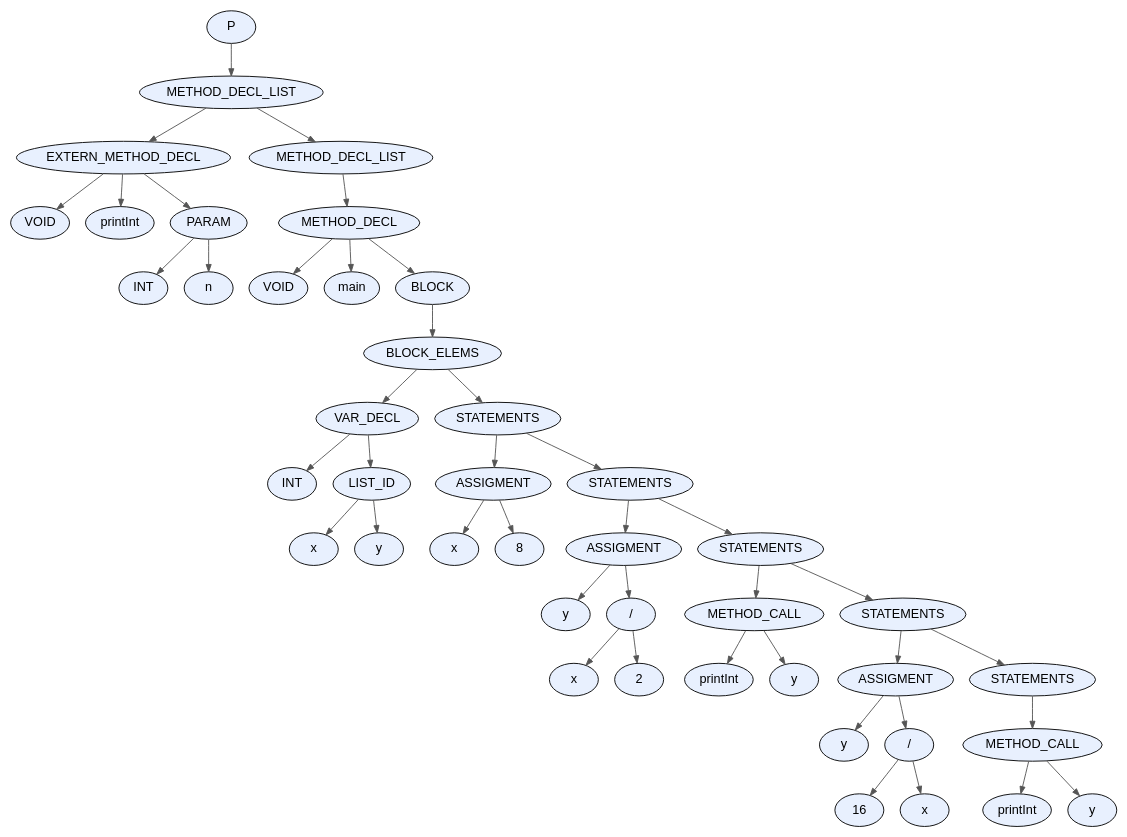
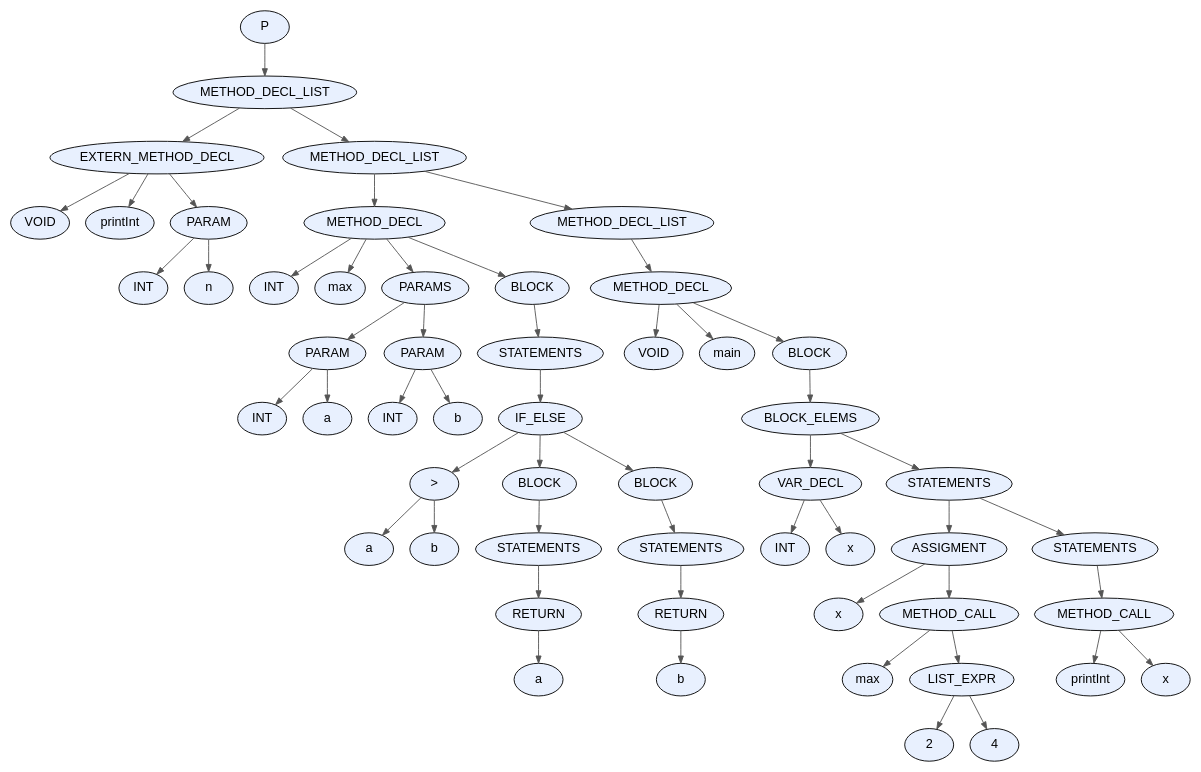
Before and after one commit to facundo-dario-loser/TDS2026: the diagram in proyecto/dot_files/test2.dot, drawn with Graphviz. The commit also changed 25 other files, not shown here.

```diff
--- a/proyecto/dot_files/test2.dot
+++ b/proyecto/dot_files/test2.dot
@@ -1,89 +1,111 @@
 digraph AST {
   node [fontname="Arial"];
   edge [arrowsize=0.8, color="#555555"];
-  "node_0x6016923349e0" [label="P", style=filled, fillcolor="#E8F0FE", shape=ellipse, style="rounded,filled"];
-  "node_0x6016923349e0" -> "node_0x601692334990";
-  "node_0x601692334990" [label="METHOD_DECL_LIST", style=filled, fillcolor="#E8F0FE", shape=ellipse, style="rounded,filled"];
-  "node_0x601692334990" -> "node_0x601692333b50";
-  "node_0x601692333b50" [label="EXTERN_METHOD_DECL", style=filled, fillcolor="#E8F0FE", shape=ellipse, style="rounded,filled"];
-  "node_0x601692333b50" -> "node_0x601692333a90";
-  "node_0x601692333a90" [label="VOID", style=filled, fillcolor="#E8F0FE", shape=ellipse, style="rounded,filled"];
-  "node_0x601692333b50" -> "node_0x601692333ae0";
-  "node_0x601692333ae0" [label="printInt", style=filled, fillcolor="#E8F0FE", shape=ellipse, style="rounded,filled"];
-  "node_0x601692333b50" -> "node_0x601692333a40";
-  "node_0x601692333a40" [label="PARAM", style=filled, fillcolor="#E8F0FE", shape=ellipse, style="rounded,filled"];
-  "node_0x601692333a40" -> "node_0x601692333960";
-  "node_0x601692333960" [label="INT", style=filled, fillcolor="#E8F0FE", shape=ellipse, style="rounded,filled"];
-  "node_0x601692333a40" -> "node_0x6016923339d0";
-  "node_0x6016923339d0" [label="n", style=filled, fillcolor="#E8F0FE", shape=ellipse, style="rounded,filled"];
-  "node_0x601692334990" -> "node_0x601692334940";
-  "node_0x601692334940" [label="METHOD_DECL_LIST", style=filled, fillcolor="#E8F0FE", shape=ellipse, style="rounded,filled"];
-  "node_0x601692334940" -> "node_0x6016923348f0";
-  "node_0x6016923348f0" [label="METHOD_DECL", style=filled, fillcolor="#E8F0FE", shape=ellipse, style="rounded,filled"];
-  "node_0x6016923348f0" -> "node_0x601692334830";
-  "node_0x601692334830" [label="VOID", style=filled, fillcolor="#E8F0FE", shape=ellipse, style="rounded,filled"];
-  "node_0x6016923348f0" -> "node_0x601692334880";
-  "node_0x601692334880" [label="main", style=filled, fillcolor="#E8F0FE", shape=ellipse, style="rounded,filled"];
-  "node_0x6016923348f0" -> "node_0x6016923347e0";
-  "node_0x6016923347e0" [label="BLOCK", style=filled, fillcolor="#E8F0FE", shape=ellipse, style="rounded,filled"];
-  "node_0x6016923347e0" -> "node_0x601692334790";
-  "node_0x601692334790" [label="BLOCK_ELEMS", style=filled, fillcolor="#E8F0FE", shape=ellipse, style="rounded,filled"];
-  "node_0x601692334790" -> "node_0x601692333d80";
-  "node_0x601692333d80" [label="VAR_DECL", style=filled, fillcolor="#E8F0FE", shape=ellipse, style="rounded,filled"];
-  "node_0x601692333d80" -> "node_0x601692333bc0";
-  "node_0x601692333bc0" [label="INT", style=filled, fillcolor="#E8F0FE", shape=ellipse, style="rounded,filled"];
-  "node_0x601692333d80" -> "node_0x601692333d30";
-  "node_0x601692333d30" [label="LIST_ID", style=filled, fillcolor="#E8F0FE", shape=ellipse, style="rounded,filled"];
-  "node_0x601692333d30" -> "node_0x601692333cc0";
-  "node_0x601692333cc0" [label="x", style=filled, fillcolor="#E8F0FE", shape=ellipse, style="rounded,filled"];
-  "node_0x601692333d30" -> "node_0x601692333c50";
-  "node_0x601692333c50" [label="y", style=filled, fillcolor="#E8F0FE", shape=ellipse, style="rounded,filled"];
-  "node_0x601692334790" -> "node_0x601692334740";
-  "node_0x601692334740" [label="STATEMENTS", style=filled, fillcolor="#E8F0FE", shape=ellipse, style="rounded,filled"];
-  "node_0x601692334740" -> "node_0x601692333eb0";
-  "node_0x601692333eb0" [label="ASSIGMENT", style=filled, fillcolor="#E8F0FE", shape=ellipse, style="rounded,filled"];
-  "node_0x601692333eb0" -> "node_0x601692333e40";
-  "node_0x601692333e40" [label="x", style=filled, fillcolor="#E8F0FE", shape=ellipse, style="rounded,filled"];
-  "node_0x601692333eb0" -> "node_0x601692333df0";
-  "node_0x601692333df0" [label="8", style=filled, fillcolor="#E8F0FE", shape=ellipse, style="rounded,filled"];
-  "node_0x601692334740" -> "node_0x6016923346f0";
-  "node_0x6016923346f0" [label="STATEMENTS", style=filled, fillcolor="#E8F0FE", shape=ellipse, style="rounded,filled"];
-  "node_0x6016923346f0" -> "node_0x6016923340c0";
-  "node_0x6016923340c0" [label="ASSIGMENT", style=filled, fillcolor="#E8F0FE", shape=ellipse, style="rounded,filled"];
-  "node_0x6016923340c0" -> "node_0x601692334050";
-  "node_0x601692334050" [label="y", style=filled, fillcolor="#E8F0FE", shape=ellipse, style="rounded,filled"];
-  "node_0x6016923340c0" -> "node_0x601692334000";
-  "node_0x601692334000" [label="/", style=filled, fillcolor="#E8F0FE", shape=ellipse, style="rounded,filled"];
-  "node_0x601692334000" -> "node_0x601692333f40";
-  "node_0x601692333f40" [label="x", style=filled, fillcolor="#E8F0FE", shape=ellipse, style="rounded,filled"];
-  "node_0x601692334000" -> "node_0x601692333fb0";
-  "node_0x601692333fb0" [label="2", style=filled, fillcolor="#E8F0FE", shape=ellipse, style="rounded,filled"];
-  "node_0x6016923346f0" -> "node_0x6016923346a0";
-  "node_0x6016923346a0" [label="STATEMENTS", style=filled, fillcolor="#E8F0FE", shape=ellipse, style="rounded,filled"];
-  "node_0x6016923346a0" -> "node_0x601692334230";
-  "node_0x601692334230" [label="METHOD_CALL", style=filled, fillcolor="#E8F0FE", shape=ellipse, style="rounded,filled"];
-  "node_0x601692334230" -> "node_0x6016923341c0";
-  "node_0x6016923341c0" [label="printInt", style=filled, fillcolor="#E8F0FE", shape=ellipse, style="rounded,filled"];
-  "node_0x601692334230" -> "node_0x601692334150";
-  "node_0x601692334150" [label="y", style=filled, fillcolor="#E8F0FE", shape=ellipse, style="rounded,filled"];
-  "node_0x6016923346a0" -> "node_0x601692334650";
-  "node_0x601692334650" [label="STATEMENTS", style=filled, fillcolor="#E8F0FE", shape=ellipse, style="rounded,filled"];
-  "node_0x601692334650" -> "node_0x601692334440";
-  "node_0x601692334440" [label="ASSIGMENT", style=filled, fillcolor="#E8F0FE", shape=ellipse, style="rounded,filled"];
-  "node_0x601692334440" -> "node_0x6016923343d0";
-  "node_0x6016923343d0" [label="y", style=filled, fillcolor="#E8F0FE", shape=ellipse, style="rounded,filled"];
-  "node_0x601692334440" -> "node_0x601692334380";
-  "node_0x601692334380" [label="/", style=filled, fillcolor="#E8F0FE", shape=ellipse, style="rounded,filled"];
-  "node_0x601692334380" -> "node_0x6016923342a0";
-  "node_0x6016923342a0" [label="16", style=filled, fillcolor="#E8F0FE", shape=ellipse, style="rounded,filled"];
-  "node_0x601692334380" -> "node_0x601692334310";
-  "node_0x601692334310" [label="x", style=filled, fillcolor="#E8F0FE", shape=ellipse, style="rounded,filled"];
-  "node_0x601692334650" -> "node_0x601692334600";
-  "node_0x601692334600" [label="STATEMENTS", style=filled, fillcolor="#E8F0FE", shape=ellipse, style="rounded,filled"];
-  "node_0x601692334600" -> "node_0x6016923345b0";
-  "node_0x6016923345b0" [label="METHOD_CALL", style=filled, fillcolor="#E8F0FE", shape=ellipse, style="rounded,filled"];
-  "node_0x6016923345b0" -> "node_0x601692334540";
-  "node_0x601692334540" [label="printInt", style=filled, fillcolor="#E8F0FE", shape=ellipse, style="rounded,filled"];
-  "node_0x6016923345b0" -> "node_0x6016923344d0";
-  "node_0x6016923344d0" [label="y", style=filled, fillcolor="#E8F0FE", shape=ellipse, style="rounded,filled"];
+  "node_0x61829ba4ee40" [label="P", style=filled, fillcolor="#E8F0FE", shape=ellipse, style="rounded,filled"];
+  "node_0x61829ba4ee40" -> "node_0x61829ba4edf0";
+  "node_0x61829ba4edf0" [label="METHOD_DECL_LIST", style=filled, fillcolor="#E8F0FE", shape=ellipse, style="rounded,filled"];
+  "node_0x61829ba4edf0" -> "node_0x61829ba4d740";
+  "node_0x61829ba4d740" [label="EXTERN_METHOD_DECL", style=filled, fillcolor="#E8F0FE", shape=ellipse, style="rounded,filled"];
+  "node_0x61829ba4d740" -> "node_0x61829ba4d680";
+  "node_0x61829ba4d680" [label="VOID", style=filled, fillcolor="#E8F0FE", shape=ellipse, style="rounded,filled"];
+  "node_0x61829ba4d740" -> "node_0x61829ba4d6d0";
+  "node_0x61829ba4d6d0" [label="printInt", style=filled, fillcolor="#E8F0FE", shape=ellipse, style="rounded,filled"];
+  "node_0x61829ba4d740" -> "node_0x61829ba4d630";
+  "node_0x61829ba4d630" [label="PARAM", style=filled, fillcolor="#E8F0FE", shape=ellipse, style="rounded,filled"];
+  "node_0x61829ba4d630" -> "node_0x61829ba4d550";
+  "node_0x61829ba4d550" [label="INT", style=filled, fillcolor="#E8F0FE", shape=ellipse, style="rounded,filled"];
+  "node_0x61829ba4d630" -> "node_0x61829ba4d5c0";
+  "node_0x61829ba4d5c0" [label="n", style=filled, fillcolor="#E8F0FE", shape=ellipse, style="rounded,filled"];
+  "node_0x61829ba4edf0" -> "node_0x61829ba4eda0";
+  "node_0x61829ba4eda0" [label="METHOD_DECL_LIST", style=filled, fillcolor="#E8F0FE", shape=ellipse, style="rounded,filled"];
+  "node_0x61829ba4eda0" -> "node_0x61829ba4e540";
+  "node_0x61829ba4e540" [label="METHOD_DECL", style=filled, fillcolor="#E8F0FE", shape=ellipse, style="rounded,filled"];
+  "node_0x61829ba4e540" -> "node_0x61829ba4d790";
+  "node_0x61829ba4d790" [label="INT", style=filled, fillcolor="#E8F0FE", shape=ellipse, style="rounded,filled"];
+  "node_0x61829ba4e540" -> "node_0x61829ba4e4d0";
+  "node_0x61829ba4e4d0" [label="max", style=filled, fillcolor="#E8F0FE", shape=ellipse, style="rounded,filled"];
+  "node_0x61829ba4e540" -> "node_0x61829ba4da60";
+  "node_0x61829ba4da60" [label="PARAMS", style=filled, fillcolor="#E8F0FE", shape=ellipse, style="rounded,filled"];
+  "node_0x61829ba4da60" -> "node_0x61829ba4d8e0";
+  "node_0x61829ba4d8e0" [label="PARAM", style=filled, fillcolor="#E8F0FE", shape=ellipse, style="rounded,filled"];
+  "node_0x61829ba4d8e0" -> "node_0x61829ba4d800";
+  "node_0x61829ba4d800" [label="INT", style=filled, fillcolor="#E8F0FE", shape=ellipse, style="rounded,filled"];
+  "node_0x61829ba4d8e0" -> "node_0x61829ba4d870";
+  "node_0x61829ba4d870" [label="a", style=filled, fillcolor="#E8F0FE", shape=ellipse, style="rounded,filled"];
+  "node_0x61829ba4da60" -> "node_0x61829ba4da10";
+  "node_0x61829ba4da10" [label="PARAM", style=filled, fillcolor="#E8F0FE", shape=ellipse, style="rounded,filled"];
+  "node_0x61829ba4da10" -> "node_0x61829ba4d930";
+  "node_0x61829ba4d930" [label="INT", style=filled, fillcolor="#E8F0FE", shape=ellipse, style="rounded,filled"];
+  "node_0x61829ba4da10" -> "node_0x61829ba4d9a0";
+  "node_0x61829ba4d9a0" [label="b", style=filled, fillcolor="#E8F0FE", shape=ellipse, style="rounded,filled"];
+  "node_0x61829ba4e540" -> "node_0x61829ba4e480";
+  "node_0x61829ba4e480" [label="BLOCK", style=filled, fillcolor="#E8F0FE", shape=ellipse, style="rounded,filled"];
+  "node_0x61829ba4e480" -> "node_0x61829ba4e430";
+  "node_0x61829ba4e430" [label="STATEMENTS", style=filled, fillcolor="#E8F0FE", shape=ellipse, style="rounded,filled"];
+  "node_0x61829ba4e430" -> "node_0x61829ba4e3e0";
+  "node_0x61829ba4e3e0" [label="IF_ELSE", style=filled, fillcolor="#E8F0FE", shape=ellipse, style="rounded,filled"];
+  "node_0x61829ba4e3e0" -> "node_0x61829ba4dbd0";
+  "node_0x61829ba4dbd0" [label=">", style=filled, fillcolor="#E8F0FE", shape=ellipse, style="rounded,filled"];
+  "node_0x61829ba4dbd0" -> "node_0x61829ba4dad0";
+  "node_0x61829ba4dad0" [label="a", style=filled, fillcolor="#E8F0FE", shape=ellipse, style="rounded,filled"];
+  "node_0x61829ba4dbd0" -> "node_0x61829ba4db60";
+  "node_0x61829ba4db60" [label="b", style=filled, fillcolor="#E8F0FE", shape=ellipse, style="rounded,filled"];
+  "node_0x61829ba4e3e0" -> "node_0x61829ba4dfb0";
+  "node_0x61829ba4dfb0" [label="BLOCK", style=filled, fillcolor="#E8F0FE", shape=ellipse, style="rounded,filled"];
+  "node_0x61829ba4dfb0" -> "node_0x61829ba4df60";
+  "node_0x61829ba4df60" [label="STATEMENTS", style=filled, fillcolor="#E8F0FE", shape=ellipse, style="rounded,filled"];
+  "node_0x61829ba4df60" -> "node_0x61829ba4dcb0";
+  "node_0x61829ba4dcb0" [label="RETURN", style=filled, fillcolor="#E8F0FE", shape=ellipse, style="rounded,filled"];
+  "node_0x61829ba4dcb0" -> "node_0x61829ba4dc40";
+  "node_0x61829ba4dc40" [label="a", style=filled, fillcolor="#E8F0FE", shape=ellipse, style="rounded,filled"];
+  "node_0x61829ba4e3e0" -> "node_0x61829ba4e390";
+  "node_0x61829ba4e390" [label="BLOCK", style=filled, fillcolor="#E8F0FE", shape=ellipse, style="rounded,filled"];
+  "node_0x61829ba4e390" -> "node_0x61829ba4e340";
+  "node_0x61829ba4e340" [label="STATEMENTS", style=filled, fillcolor="#E8F0FE", shape=ellipse, style="rounded,filled"];
+  "node_0x61829ba4e340" -> "node_0x61829ba4e090";
+  "node_0x61829ba4e090" [label="RETURN", style=filled, fillcolor="#E8F0FE", shape=ellipse, style="rounded,filled"];
+  "node_0x61829ba4e090" -> "node_0x61829ba4e020";
+  "node_0x61829ba4e020" [label="b", style=filled, fillcolor="#E8F0FE", shape=ellipse, style="rounded,filled"];
+  "node_0x61829ba4eda0" -> "node_0x61829ba4ed50";
+  "node_0x61829ba4ed50" [label="METHOD_DECL_LIST", style=filled, fillcolor="#E8F0FE", shape=ellipse, style="rounded,filled"];
+  "node_0x61829ba4ed50" -> "node_0x61829ba4ed00";
+  "node_0x61829ba4ed00" [label="METHOD_DECL", style=filled, fillcolor="#E8F0FE", shape=ellipse, style="rounded,filled"];
+  "node_0x61829ba4ed00" -> "node_0x61829ba4ec40";
+  "node_0x61829ba4ec40" [label="VOID", style=filled, fillcolor="#E8F0FE", shape=ellipse, style="rounded,filled"];
+  "node_0x61829ba4ed00" -> "node_0x61829ba4ec90";
+  "node_0x61829ba4ec90" [label="main", style=filled, fillcolor="#E8F0FE", shape=ellipse, style="rounded,filled"];
+  "node_0x61829ba4ed00" -> "node_0x61829ba4ebf0";
+  "node_0x61829ba4ebf0" [label="BLOCK", style=filled, fillcolor="#E8F0FE", shape=ellipse, style="rounded,filled"];
+  "node_0x61829ba4ebf0" -> "node_0x61829ba4eba0";
+  "node_0x61829ba4eba0" [label="BLOCK_ELEMS", style=filled, fillcolor="#E8F0FE", shape=ellipse, style="rounded,filled"];
+  "node_0x61829ba4eba0" -> "node_0x61829ba4e690";
+  "node_0x61829ba4e690" [label="VAR_DECL", style=filled, fillcolor="#E8F0FE", shape=ellipse, style="rounded,filled"];
+  "node_0x61829ba4e690" -> "node_0x61829ba4e5b0";
+  "node_0x61829ba4e5b0" [label="INT", style=filled, fillcolor="#E8F0FE", shape=ellipse, style="rounded,filled"];
+  "node_0x61829ba4e690" -> "node_0x61829ba4e620";
+  "node_0x61829ba4e620" [label="x", style=filled, fillcolor="#E8F0FE", shape=ellipse, style="rounded,filled"];
+  "node_0x61829ba4eba0" -> "node_0x61829ba4eb50";
+  "node_0x61829ba4eb50" [label="STATEMENTS", style=filled, fillcolor="#E8F0FE", shape=ellipse, style="rounded,filled"];
+  "node_0x61829ba4eb50" -> "node_0x61829ba4e940";
+  "node_0x61829ba4e940" [label="ASSIGMENT", style=filled, fillcolor="#E8F0FE", shape=ellipse, style="rounded,filled"];
+  "node_0x61829ba4e940" -> "node_0x61829ba4e8d0";
+  "node_0x61829ba4e8d0" [label="x", style=filled, fillcolor="#E8F0FE", shape=ellipse, style="rounded,filled"];
+  "node_0x61829ba4e940" -> "node_0x61829ba4e880";
+  "node_0x61829ba4e880" [label="METHOD_CALL", style=filled, fillcolor="#E8F0FE", shape=ellipse, style="rounded,filled"];
+  "node_0x61829ba4e880" -> "node_0x61829ba4e810";
+  "node_0x61829ba4e810" [label="max", style=filled, fillcolor="#E8F0FE", shape=ellipse, style="rounded,filled"];
+  "node_0x61829ba4e880" -> "node_0x61829ba4e7c0";
+  "node_0x61829ba4e7c0" [label="LIST_EXPR", style=filled, fillcolor="#E8F0FE", shape=ellipse, style="rounded,filled"];
+  "node_0x61829ba4e7c0" -> "node_0x61829ba4e720";
+  "node_0x61829ba4e720" [label="2", style=filled, fillcolor="#E8F0FE", shape=ellipse, style="rounded,filled"];
+  "node_0x61829ba4e7c0" -> "node_0x61829ba4e770";
+  "node_0x61829ba4e770" [label="4", style=filled, fillcolor="#E8F0FE", shape=ellipse, style="rounded,filled"];
+  "node_0x61829ba4eb50" -> "node_0x61829ba4eb00";
+  "node_0x61829ba4eb00" [label="STATEMENTS", style=filled, fillcolor="#E8F0FE", shape=ellipse, style="rounded,filled"];
+  "node_0x61829ba4eb00" -> "node_0x61829ba4eab0";
+  "node_0x61829ba4eab0" [label="METHOD_CALL", style=filled, fillcolor="#E8F0FE", shape=ellipse, style="rounded,filled"];
+  "node_0x61829ba4eab0" -> "node_0x61829ba4ea40";
+  "node_0x61829ba4ea40" [label="printInt", style=filled, fillcolor="#E8F0FE", shape=ellipse, style="rounded,filled"];
+  "node_0x61829ba4eab0" -> "node_0x61829ba4e9d0";
+  "node_0x61829ba4e9d0" [label="x", style=filled, fillcolor="#E8F0FE", shape=ellipse, style="rounded,filled"];
 }
```
